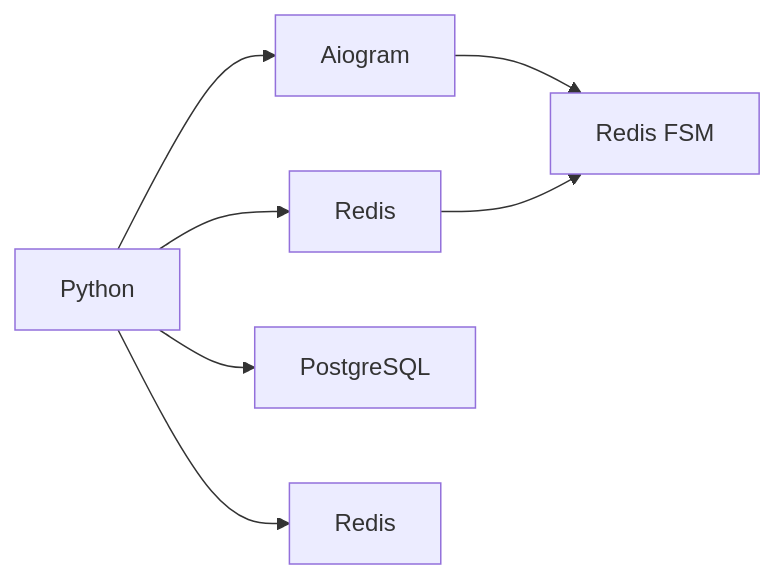
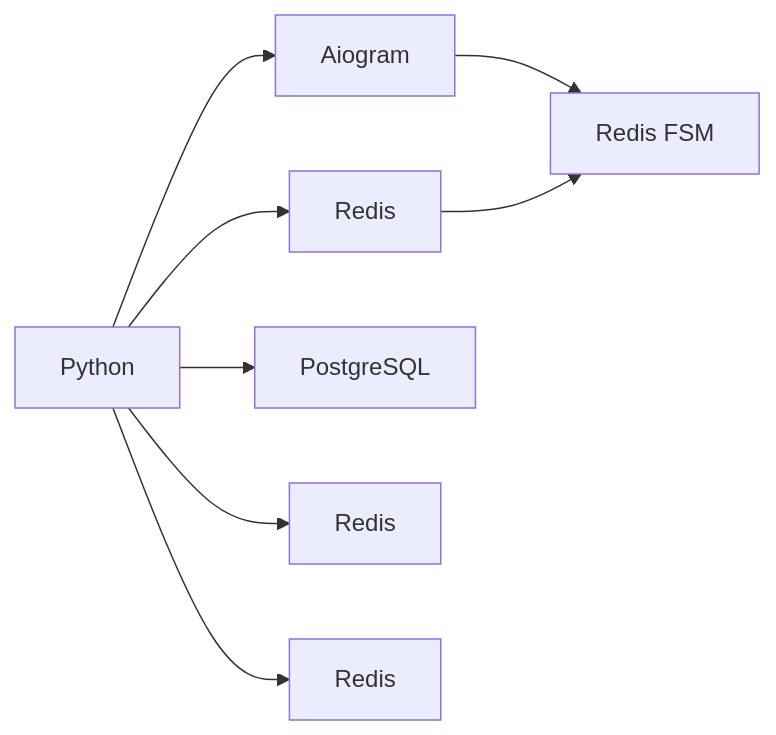
The diagram in diagram.mmd (nihosprop/nihosprop), drawn with Mermaid before and after one commit.

Commit message:
refactor(svg_config): update

```diff
--- a/diagram.mmd
+++ b/diagram.mmd
@@ -1,7 +1,8 @@
 graph LR
     A[Python] --> B[Aiogram]
     B --> BA[Redis FSM]
     C --> BA[Redis FSM]
     A --> C[Redis]
     A --> D[PostgreSQL]
     A --> E[Redis]
+    A --> F[Redis]
```
